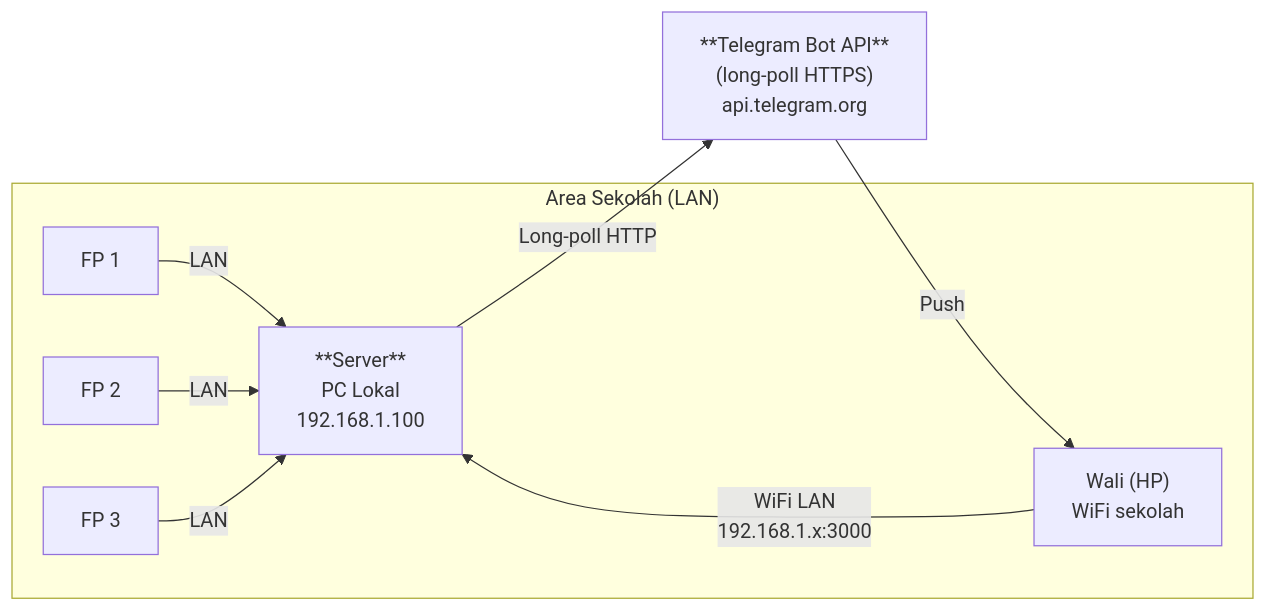
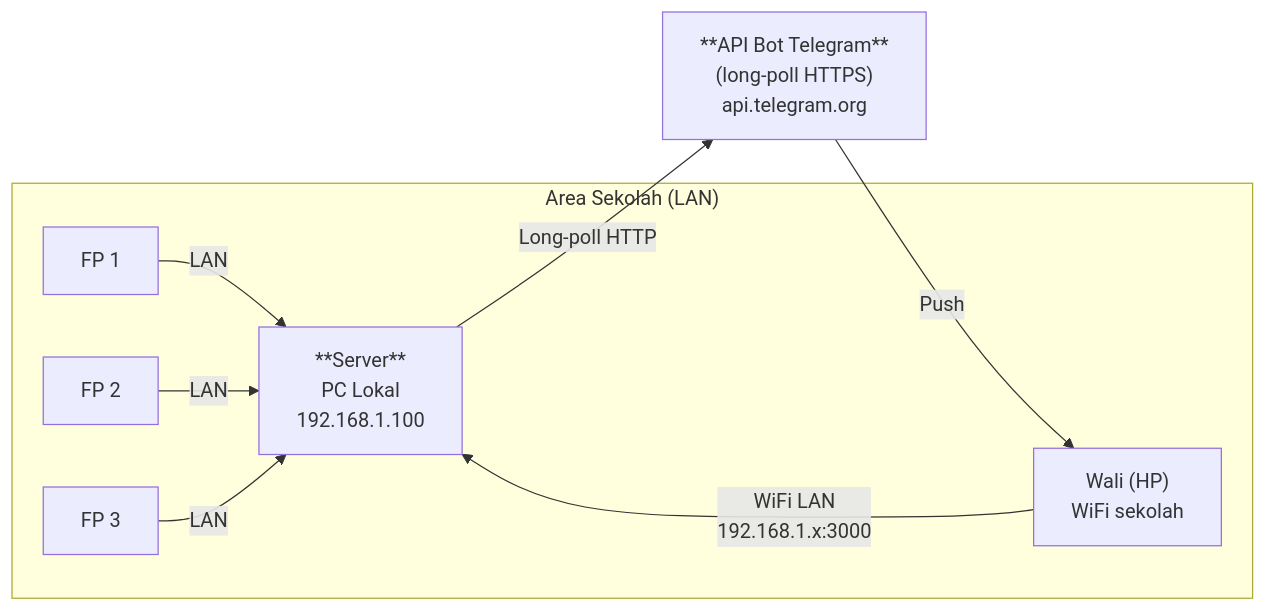
Before and after one commit to RaiKanaeru/ai-agents-vault: the first of 4 diagrams in 60-Blueprints/SERVER_NETWORK_DEPLOYMENT.md, drawn with Mermaid. The commit also changed other lines of this file and 41 other files, not shown here.

````diff
--- a/60-Blueprints/SERVER_NETWORK_DEPLOYMENT.md
+++ b/60-Blueprints/SERVER_NETWORK_DEPLOYMENT.md
@@ -48,18 +48,18 @@
 ```mermaid
 flowchart LR
-    subgraph FP_AREA["Area Sekolah (LAN)"]
+    subgraph AREA_FP["Area Sekolah (LAN)"]
         FP1[FP 1]
         FP2[FP 2]
         FP3[FP 3]
         SRV["**Server**<br/>PC Lokal<br/>192.168.1.100"]
         W["Wali (HP)<br/>WiFi sekolah"]
     end
-    TGPOLL["**Telegram Bot API**<br/>(long-poll HTTPS)<br/>api.telegram.org"]
+    TG_POLL["**API Bot Telegram**<br/>(long-poll HTTPS)<br/>api.telegram.org"]
 
     FP1 -->|LAN| SRV
     FP2 -->|LAN| SRV
     FP3 -->|LAN| SRV
-    SRV -->|Long-poll HTTP| TGPOLL
-    TGPOLL -->|Push| W
-    W -->|WiFi LAN<br/>192.168.1.x:3000| SRV
+    SRV -->|"Long-poll HTTP"| TG_POLL
+    TG_POLL -->|"Push"| W
+    W -->|"WiFi LAN<br/>192.168.1.x:3000"| SRV
 ```
````
